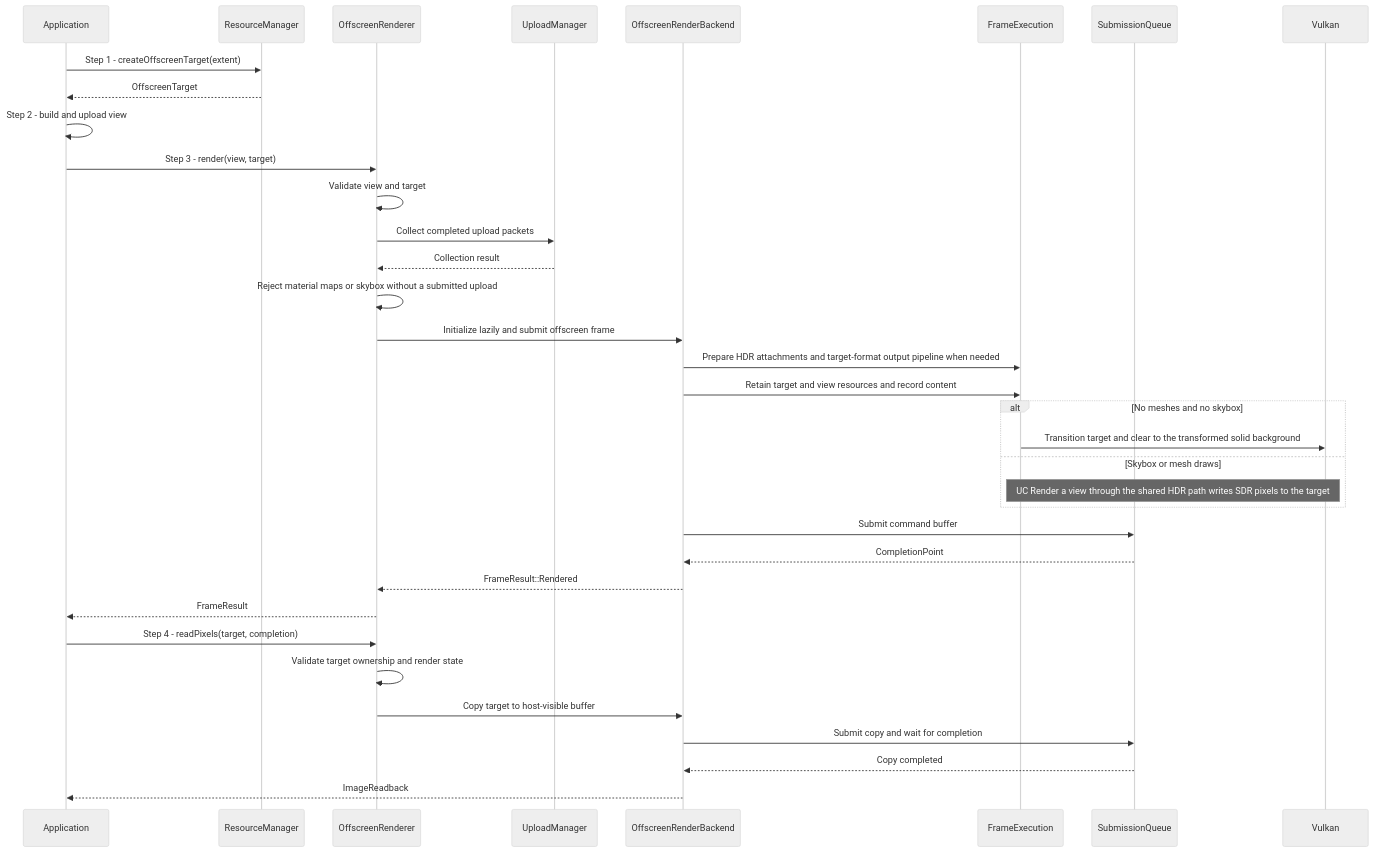
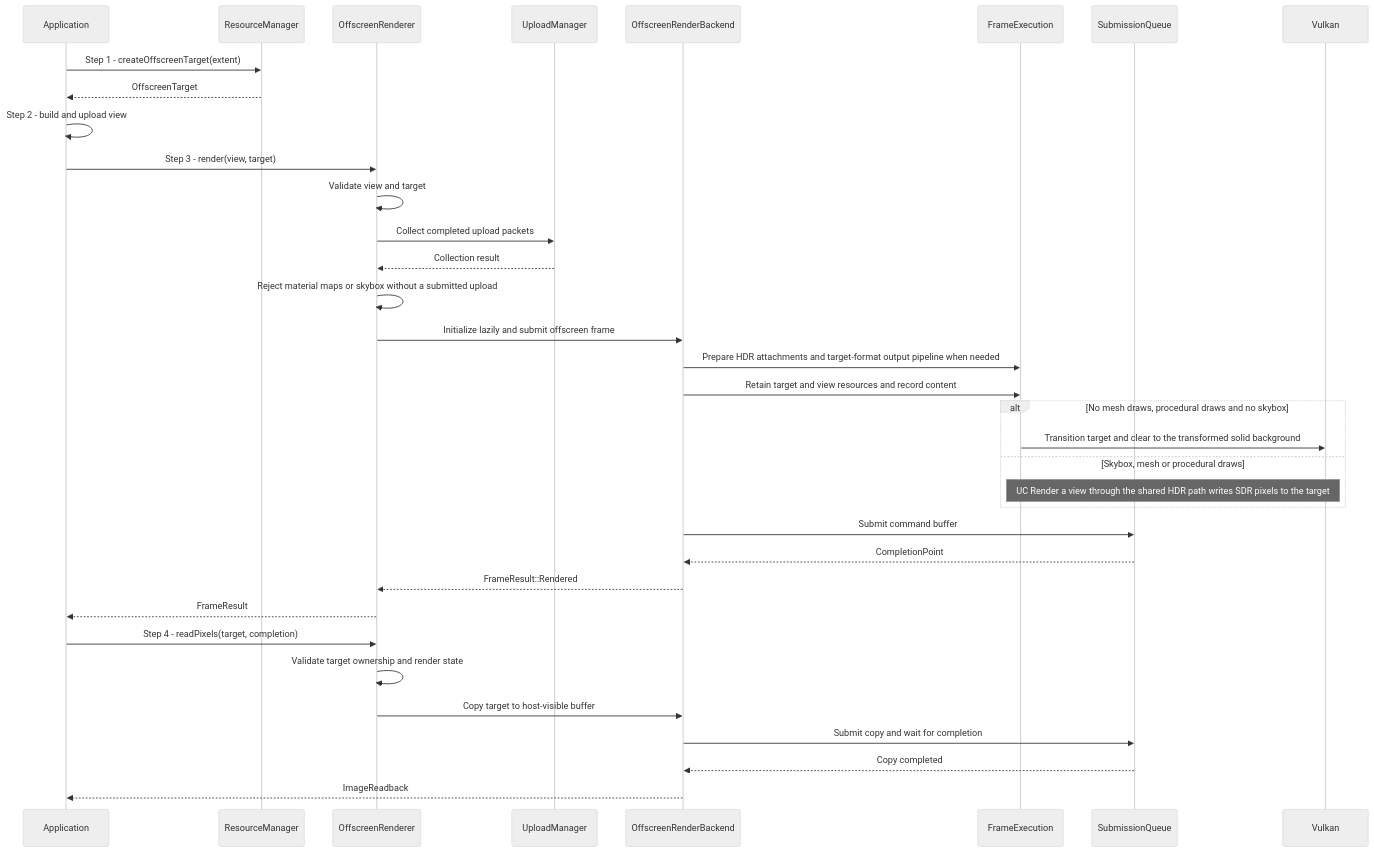
The diagram in docs/use-cases/render-offscreen-view.md (a-soltysik/Panda), drawn with Mermaid (neutral theme) before and after one commit. The commit also changed other lines of this file and 108 other files, not shown here.

````diff
--- a/docs/use-cases/render-offscreen-view.md
+++ b/docs/use-cases/render-offscreen-view.md
@@ -41,37 +46,37 @@
 ```mermaid
 sequenceDiagram
     participant A as Application
     participant M as ResourceManager
     participant R as OffscreenRenderer
     participant U as UploadManager
     participant O as OffscreenRenderBackend
     participant E as FrameExecution
     participant Q as SubmissionQueue
     participant V as Vulkan
-    A->>M: Step 1 - createOffscreenTarget(extent)
-    M-->>A: OffscreenTarget
-    A->>A: Step 2 - build and upload view
-    A->>R: Step 3 - render(view, target)
-    R->>R: Validate view and target
-    R->>U: Collect completed upload packets
-    U-->>R: Collection result
-    R->>R: Reject material maps or skybox without a submitted upload
-    R->>O: Initialize lazily and submit offscreen frame
-    O->>E: Prepare HDR attachments and target-format output pipeline when needed
-    O->>E: Retain target and view resources and record content
-    alt No meshes and no skybox
-        E->>V: Transition target and clear to the transformed solid background
-    else Skybox or mesh draws
-        Note over E,V: UC Render a view through the shared HDR path writes SDR pixels to the target
+    A ->> M: Step 1 - createOffscreenTarget(extent)
+    M -->> A: OffscreenTarget
+    A ->> A: Step 2 - build and upload view
+    A ->> R: Step 3 - render(view, target)
+    R ->> R: Validate view and target
+    R ->> U: Collect completed upload packets
+    U -->> R: Collection result
+    R ->> R: Reject material maps or skybox without a submitted upload
+    R ->> O: Initialize lazily and submit offscreen frame
+    O ->> E: Prepare HDR attachments and target-format output pipeline when needed
+    O ->> E: Retain target and view resources and record content
+    alt No mesh draws, procedural draws and no skybox
+        E ->> V: Transition target and clear to the transformed solid background
+    else Skybox, mesh or procedural draws
+        Note over E, V: UC Render a view through the shared HDR path writes SDR pixels to the target
     end
-    O->>Q: Submit command buffer
-    Q-->>O: CompletionPoint
-    O-->>R: FrameResult::Rendered
-    R-->>A: FrameResult
-    A->>R: Step 4 - readPixels(target, completion)
-    R->>R: Validate target ownership and render state
-    R->>O: Copy target to host-visible buffer
-    O->>Q: Submit copy and wait for completion
-    Q-->>O: Copy completed
-    O-->>A: ImageReadback
+    O ->> Q: Submit command buffer
+    Q -->> O: CompletionPoint
+    O -->> R: FrameResult::Rendered
+    R -->> A: FrameResult
+    A ->> R: Step 4 - readPixels(target, completion)
+    R ->> R: Validate target ownership and render state
+    R ->> O: Copy target to host-visible buffer
+    O ->> Q: Submit copy and wait for completion
+    Q -->> O: Copy completed
+    O -->> A: ImageReadback
 ```
````
